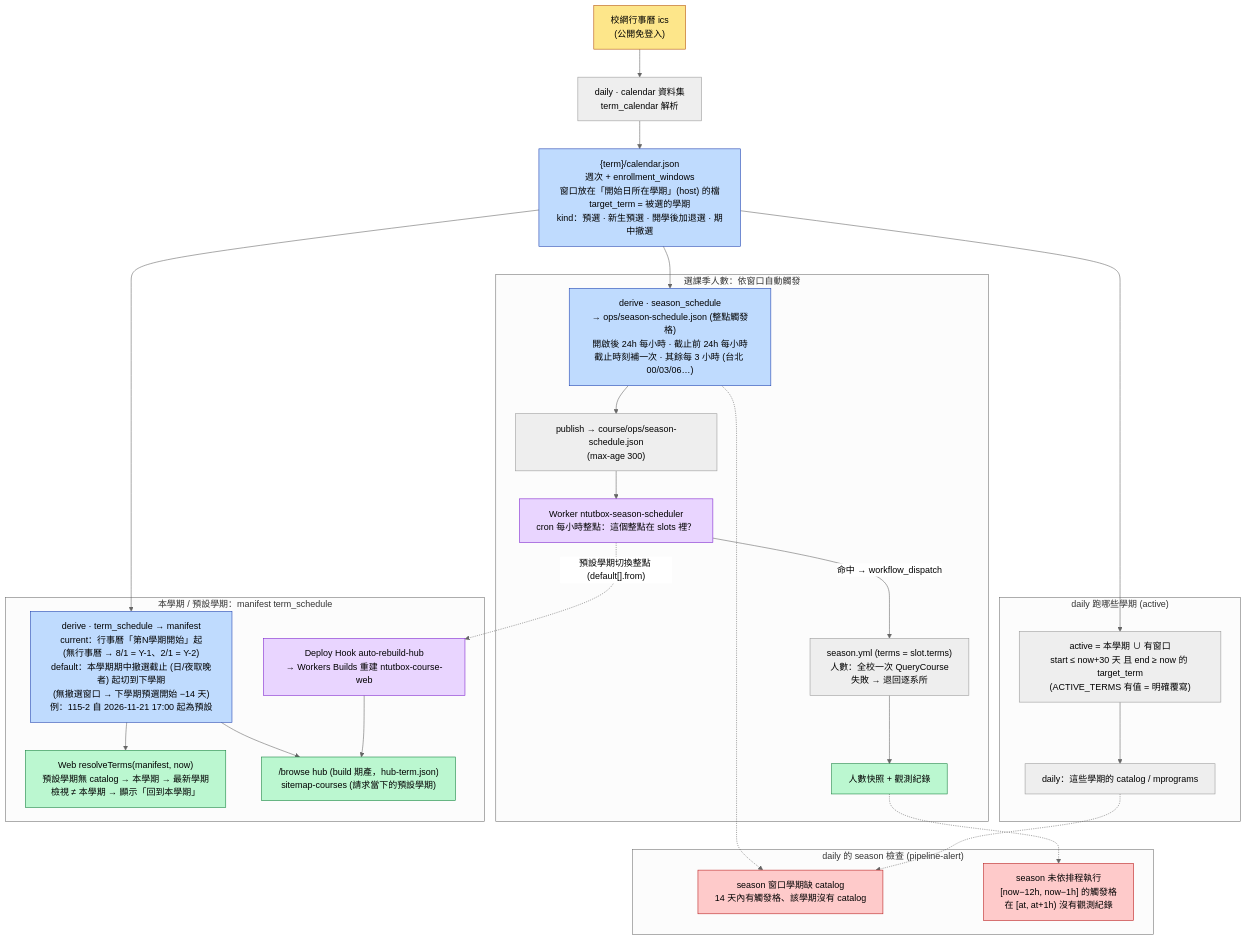
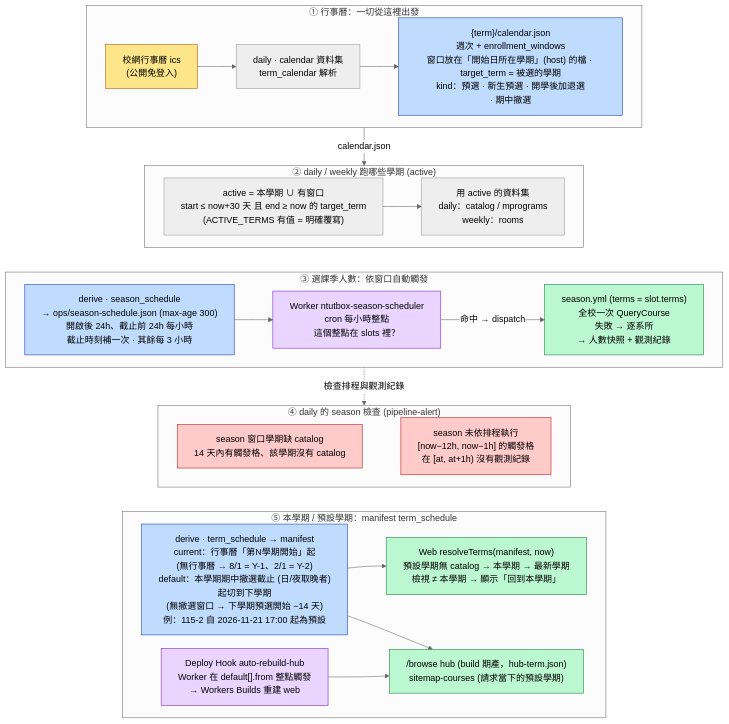
One commit to poterpan/ntutbox-course changed the diagram in docs/diagrams/06-season-and-terms.mmd. Above: the diagram before and after it, drawn with Mermaid (neutral theme). The commit also changed 26 other files, not shown here.

First line of the commit message:
docs: 架構圖補上 rooms／逐時段教室，並修正圖在 GitHub 上的顯示大小 (#122)

```diff
--- a/docs/diagrams/06-season-and-terms.mmd
+++ b/docs/diagrams/06-season-and-terms.mmd
@@ -1,61 +1,57 @@
 ---
 config:
   flowchart:
-    wrappingWidth: 300
+    useMaxWidth: false
+    wrappingWidth: 340
+    nodeSpacing: 24
+    rankSpacing: 44
 ---
 flowchart TB
-    ics["校網行事曆 ics<br/>(公開免登入)"]
-    cal["daily · calendar 資料集<br/>term_calendar 解析"]
-    cj["{term}/calendar.json<br/>週次 + enrollment_windows<br/>窗口放在「開始日所在學期」(host) 的檔<br/>target_term = 被選的學期<br/>kind：預選 · 新生預選 · 開學後加退選 · 期中撤選"]
-
-    ics --> cal --> cj
-
-    subgraph ACTIVE["daily 跑哪些學期 (active)"]
-        act["active = 本學期 ∪ 有窗口<br/>start ≤ now+30 天 且 end ≥ now 的 target_term<br/>(ACTIVE_TERMS 有值 = 明確覆寫)"]
-        dly["daily：這些學期的 catalog / mprograms"]
-        act --> dly
+    subgraph R1["① 行事曆：一切從這裡出發"]
+        direction LR
+        ics["校網行事曆 ics<br/>(公開免登入)"] --> cal["daily · calendar 資料集<br/>term_calendar 解析"] --> cj["{term}/calendar.json<br/>週次 + enrollment_windows<br/>窗口放在「開始日所在學期」(host) 的檔 · target_term = 被選的學期<br/>kind：預選 · 新生預選 · 開學後加退選<br/>· 期中撤選"]
     end
 
-    subgraph SEASONSIDE["選課季人數：依窗口自動觸發"]
-        ss["derive · season_schedule<br/>→ ops/season-schedule.json (整點觸發格)<br/>開啟後 24h 每小時 · 截止前 24h 每小時<br/>截止時刻補一次 · 其餘每 3 小時 (台北 00/03/06…)"]
-        pub["publish → course/ops/season-schedule.json<br/>(max-age 300)"]
-        wk["Worker ntutbox-season-scheduler<br/>cron 每小時整點：這個整點在 slots 裡？"]
-        sy["season.yml (terms = slot.terms)<br/>人數：全校一次 QueryCourse<br/>失敗 → 退回逐系所"]
-        obs["人數快照 + 觀測紀錄"]
-        ss --> pub --> wk
-        wk -->|"命中 → workflow_dispatch"| sy --> obs
+    subgraph R2["② daily / weekly 跑哪些學期 (active)"]
+        direction LR
+        act["active = 本學期 ∪ 有窗口<br/>start ≤ now+30 天 且 end ≥ now 的 target_term<br/>(ACTIVE_TERMS 有值 = 明確覆寫)"] --> dly["用 active 的資料集<br/>daily：catalog / mprograms<br/>weekly：rooms"]
     end
 
-    subgraph TERMSIDE["本學期 / 預設學期：manifest term_schedule"]
-        ts["derive · term_schedule → manifest<br/>current：行事曆「第N學期開始」起<br/>(無行事曆 → 8/1 = Y-1、2/1 = Y-2)<br/>default：本學期期中撤選截止 (日/夜取晚者) 起切到下學期<br/>(無撤選窗口 → 下學期預選開始 −14 天)<br/>例：115-2 自 2026-11-21 17:00 起為預設"]
+    subgraph R3["③ 選課季人數：依窗口自動觸發"]
+        direction LR
+        ss["derive · season_schedule<br/>→ ops/season-schedule.json (max-age 300)<br/>開啟後 24h、截止前 24h 每小時<br/>截止時刻補一次 · 其餘每 3 小時"] --> wk["Worker ntutbox-season-scheduler<br/>cron 每小時整點<br/>這個整點在 slots 裡？"] -->|"命中 → dispatch"| sy["season.yml (terms = slot.terms)<br/>全校一次 QueryCourse<br/>失敗 → 逐系所<br/>→ 人數快照 + 觀測紀錄"]
+    end
+
+    subgraph R4["④ daily 的 season 檢查 (pipeline-alert)"]
+        direction LR
+        c1["season 窗口學期缺 catalog<br/>14 天內有觸發格、該學期沒有 catalog"]
+        c2["season 未依排程執行<br/>[now−12h, now−1h] 的觸發格<br/>在 [at, at+1h) 沒有觀測紀錄"]
+        c1 ~~~ c2
+    end
+
+    subgraph R5["⑤ 本學期 / 預設學期：manifest term_schedule"]
+        direction LR
+        ts["derive · term_schedule → manifest<br/>current：行事曆「第N學期開始」起<br/>(無行事曆 → 8/1 = Y-1、2/1 = Y-2)<br/>default：本學期期中撤選截止 (日/夜取晚者)<br/>起切到下學期<br/>(無撤選窗口 → 下學期預選開始 −14 天)<br/>例：115-2 自 2026-11-21 17:00 起為預設"]
         rt["Web resolveTerms(manifest, now)<br/>預設學期無 catalog → 本學期 → 最新學期<br/>檢視 ≠ 本學期 → 顯示「回到本學期」"]
         hub["/browse hub (build 期產，hub-term.json)<br/>sitemap-courses (請求當下的預設學期)"]
-        dh["Deploy Hook auto-rebuild-hub<br/>→ Workers Builds 重建 ntutbox-course-web"]
+        dh["Deploy Hook auto-rebuild-hub<br/>Worker 在 default[].from 整點觸發<br/>→ Workers Builds 重建 web"]
         ts --> rt
         ts --> hub
         dh --> hub
     end
 
-    subgraph CHECKS["daily 的 season 檢查 (pipeline-alert)"]
-        c1["season 窗口學期缺 catalog<br/>14 天內有觸發格、該學期沒有 catalog"]
-        c2["season 未依排程執行<br/>[now−12h, now−1h] 的觸發格<br/>在 [at, at+1h) 沒有觀測紀錄"]
-    end
-
-    cj --> ss
-    cj --> act
-    cj --> ts
-    wk -.->|"預設學期切換整點 (default[].from)"| dh
-    ss -.-> c1
-    dly -.-> c1
-    obs -.-> c2
+    R1 -->|calendar.json| R2
+    R2 ~~~ R3
+    R3 -.->|"檢查排程與觀測紀錄"| R4
+    R4 ~~~ R5
 
     classDef src fill:#fde68a,stroke:#b45309,color:#000
     classDef store fill:#bfdbfe,stroke:#1e40af,color:#000
     classDef out fill:#bbf7d0,stroke:#15803d,color:#000
     classDef trig fill:#e9d5ff,stroke:#7e22ce,color:#000
     classDef bad fill:#fecaca,stroke:#b91c1c,color:#000
     class ics src
     class cj,ss,ts store
-    class obs,rt,hub out
+    class sy,rt,hub out
     class wk,dh trig
     class c1,c2 bad
```
